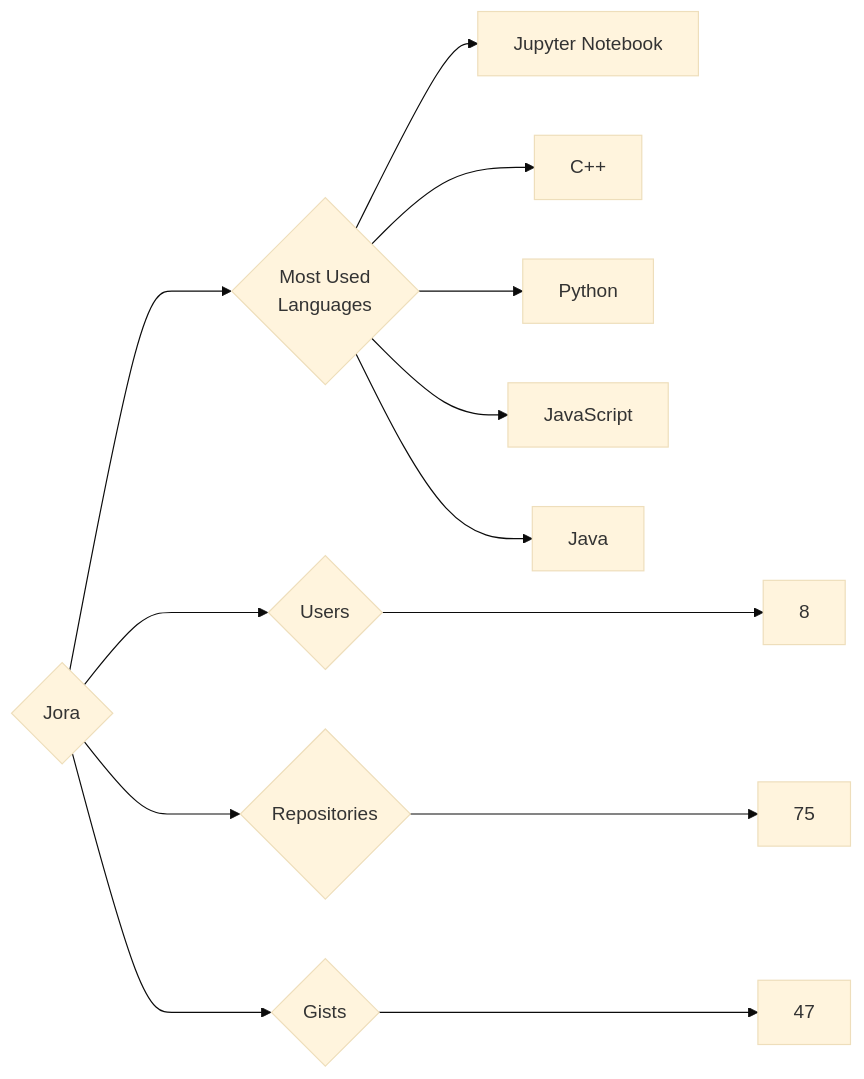
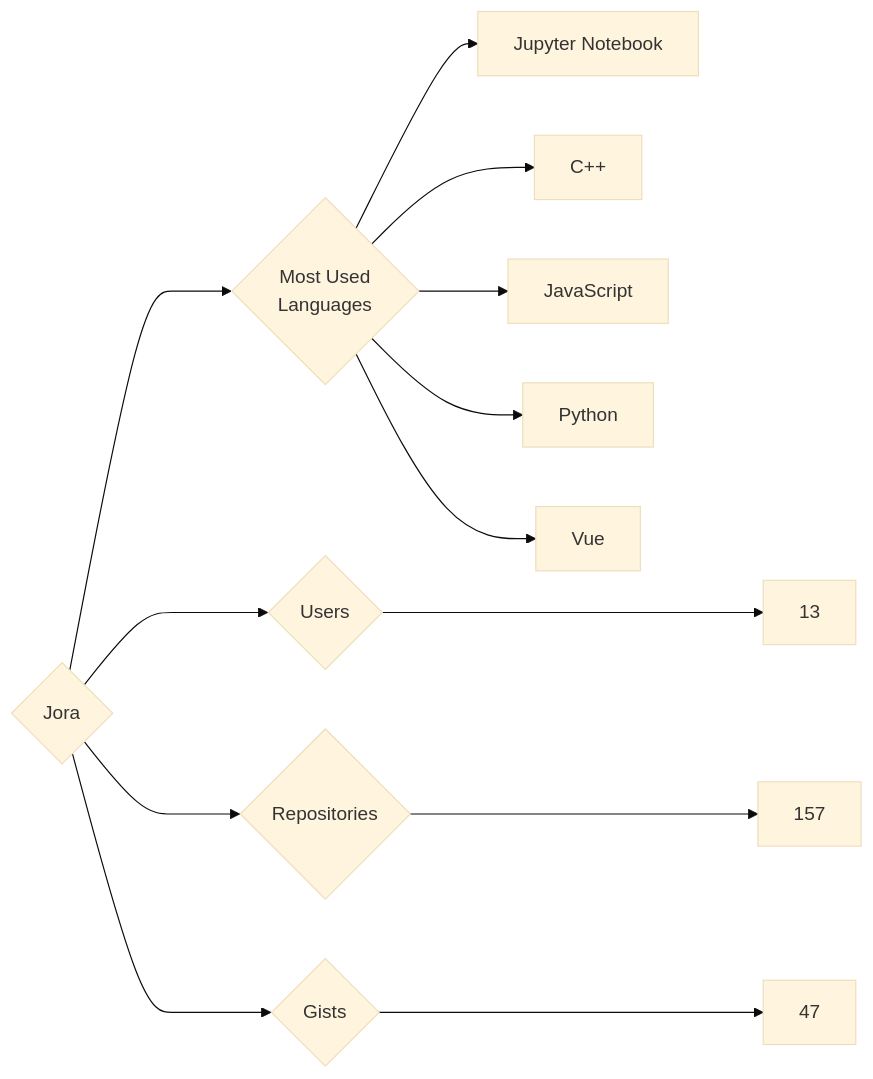
Before and after one commit to trickest/insiders: the diagram in targets/Jora/README.md, drawn with Mermaid (base theme). The commit also changed 1084 other files, not shown here.

````diff
--- a/targets/Jora/README.md
+++ b/targets/Jora/README.md
@@ -3,13 +3,13 @@
 ```mermaid
 graph LR
 COMPANY_NAME{Jora}
-COMPANY_NAME ---> U{Users} ---> UN[8]
-COMPANY_NAME ---> R{Repositories} ---> RN[75]
+COMPANY_NAME ---> U{Users} ---> UN[13]
+COMPANY_NAME ---> R{Repositories} ---> RN[157]
 COMPANY_NAME ---> G{Gists} ---> GN[47]
 COMPANY_NAME ---> ML{Most Used<br>Languages}
 ML --> Jupyter_Notebook[Jupyter Notebook]
 ML --> C++[C++]
+ML --> JavaScript[JavaScript]
 ML --> Python[Python]
-ML --> JavaScript[JavaScript]
-ML --> Java[Java]
+ML --> Vue[Vue]
 ```
````
